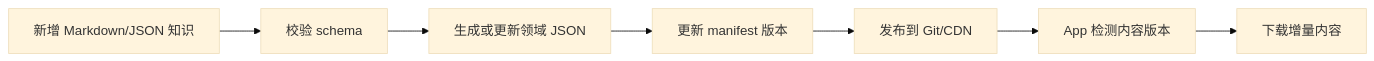
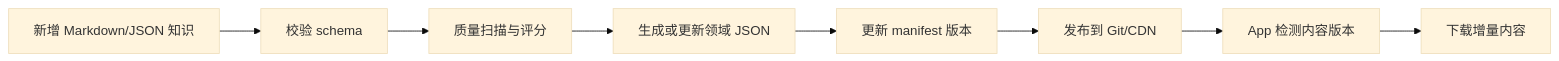
Before and after one commit to nontracey/mianshi-zhilian-app: the seventh of 8 diagrams in docs/design.md, drawn with Mermaid (base theme). The commit also changed 1 other file, not shown here.

Commit message:
docs: 部署文档与设计文档同步内容质量检查流程

````diff
--- a/docs/design.md
+++ b/docs/design.md
@@ -1019,9 +1019,10 @@
 ```mermaid
 flowchart LR
   A["新增 Markdown/JSON 知识"] --> B["校验 schema"]
-  B --> C["生成或更新领域 JSON"]
-  C --> D["更新 manifest 版本"]
-  D --> E["发布到 Git/CDN"]
-  E --> F["App 检测内容版本"]
-  F --> G["下载增量内容"]
+  B --> C["质量扫描与评分"]
+  C --> D["生成或更新领域 JSON"]
+  D --> E["更新 manifest 版本"]
+  E --> F["发布到 Git/CDN"]
+  F --> G["App 检测内容版本"]
+  G --> H["下载增量内容"]
 ```
````
